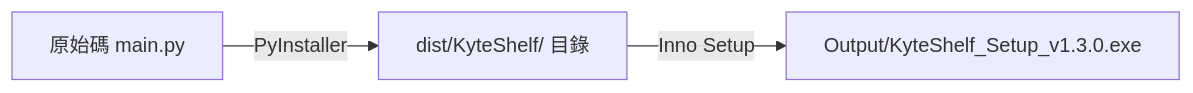
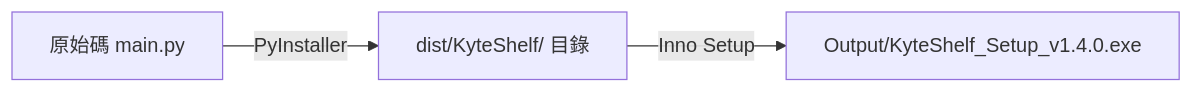
The diagram in 安裝檔建立前指令.md (ais7896-hue/KyteShelf), drawn with Mermaid before and after one commit. The commit also changed other lines of this file and 18 other files, not shown here.

````diff
--- a/安裝檔建立前指令.md
+++ b/安裝檔建立前指令.md
@@ -9,5 +9,5 @@
 ```mermaid
 graph LR
     A[原始碼 main.py] -->|PyInstaller| B[dist/KyteShelf/ 目錄]
-    B -->|Inno Setup| C[Output/KyteShelf_Setup_v1.3.0.exe]
+    B -->|Inno Setup| C[Output/KyteShelf_Setup_v1.4.0.exe]
 ```
````
